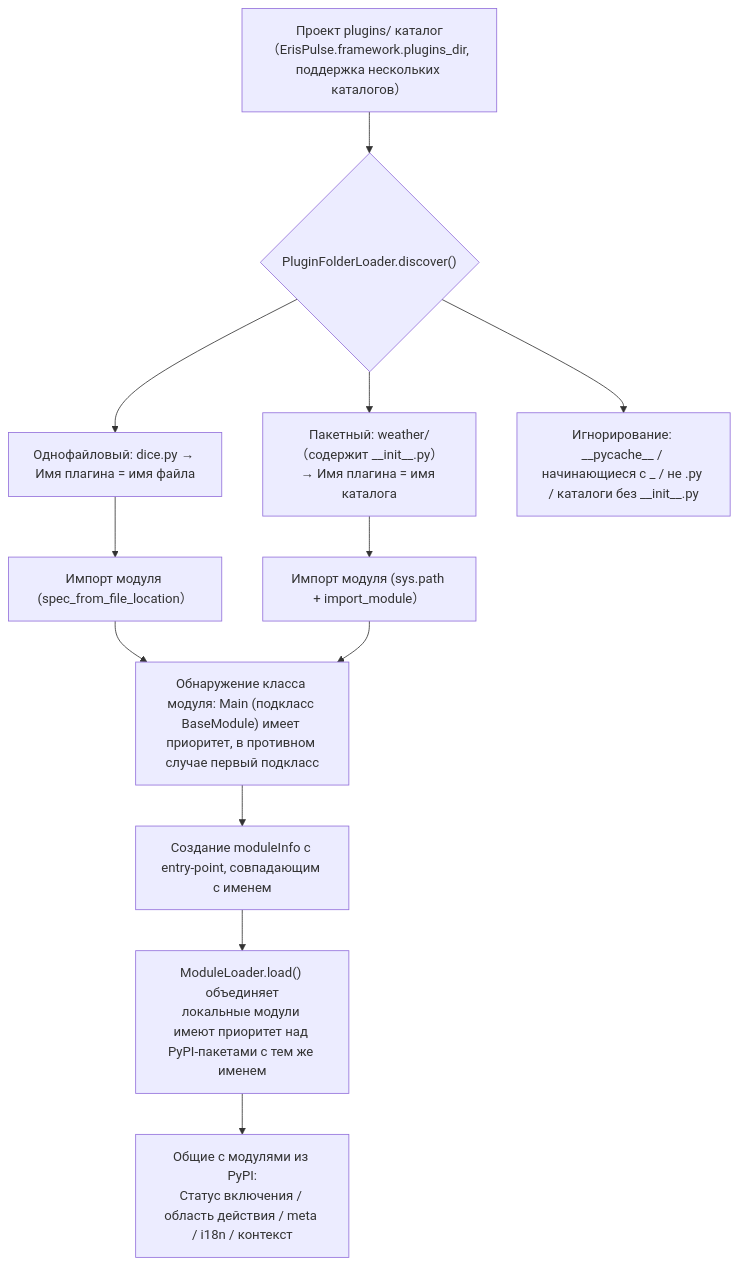
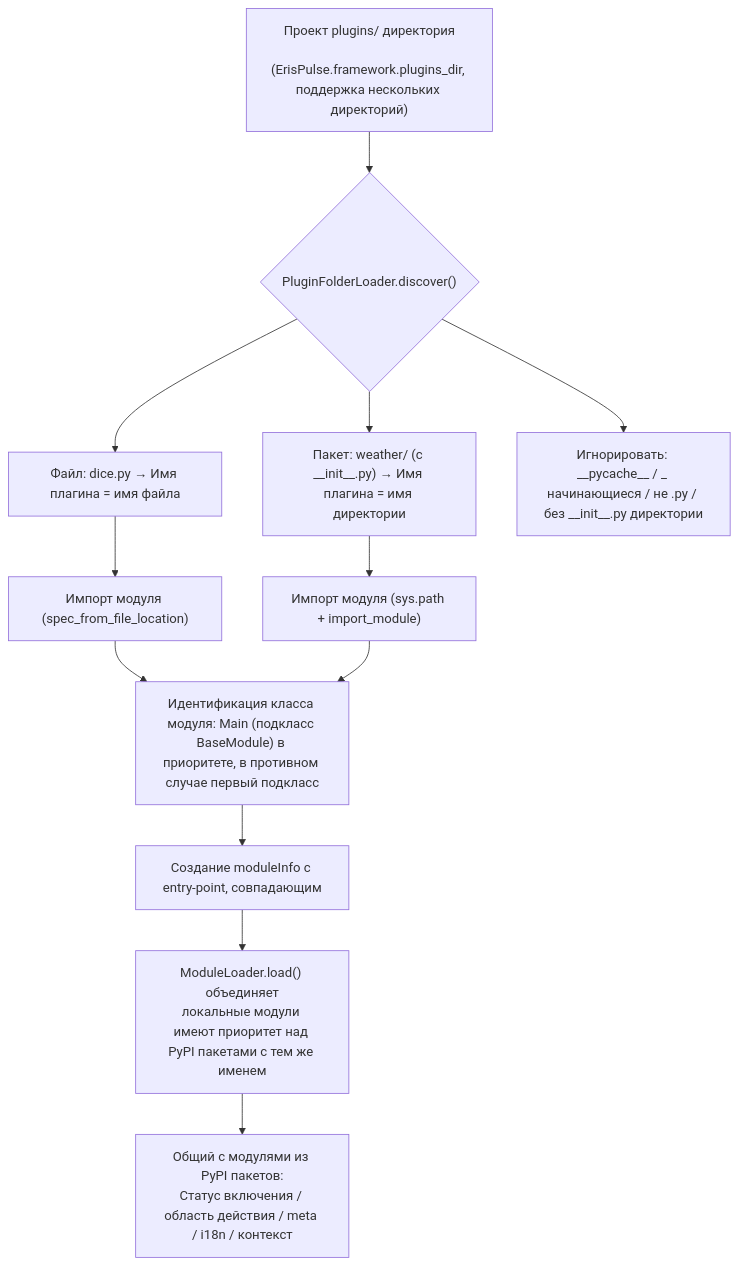
One commit to ErisPulse/ErisPulse changed the eighth of 9 diagrams in docs/ru/architecture.md. Above: the diagram before and after it, drawn with Mermaid. The commit also changed other lines of this file and 143 other files, not shown here.

````diff
--- a/docs/ru/architecture.md
+++ b/docs/ru/architecture.md
@@ -240,14 +261,14 @@
 ```mermaid
 flowchart TD
-    A["Проект plugins/ каталог<br/>（ErisPulse.framework.plugins_dir, поддержка нескольких каталогов）"] --> B{"PluginFolderLoader.discover()"}
-    B --> C["Однофайловый: dice.py → Имя плагина = имя файла"]
-    B --> D["Пакетный: weather/（содержит __init__.py）→ Имя плагина = имя каталога"]
-    B --> E["Игнорирование: __pycache__ / начинающиеся с _ / не .py / каталоги без __init__.py"]
-    C --> F["Импорт модуля (spec_from_file_location）"]
-    D --> G["Импорт модуля (sys.path + import_module）"]
-    F --> H["Обнаружение класса модуля: Main (подкласс BaseModule) имеет приоритет, в противном случае первый подкласс"]
+    A["Проект plugins/ директория<br/> (ErisPulse.framework.plugins_dir, поддержка нескольких директорий)"] --> B{"PluginFolderLoader.discover()"}
+    B --> C["Файл: dice.py → Имя плагина = имя файла"]
+    B --> D["Пакет: weather/ (с __init__.py) → Имя плагина = имя директории"]
+    B --> E["Игнорировать: __pycache__ / _ начинающиеся / не .py / без __init__.py директории"]
+    C --> F["Импорт модуля (spec_from_file_location)"]
+    D --> G["Импорт модуля (sys.path + import_module)"]
+    F --> H["Идентификация класса модуля: Main (подкласс BaseModule) в приоритете, в противном случае первый подкласс"]
     G --> H
-    H --> I["Создание moduleInfo с entry-point, совпадающим с именем"]
-    I --> J["ModuleLoader.load() объединяет<br/>локальные модули имеют приоритет над PyPI-пакетами с тем же именем"]
-    J --> K["Общие с модулями из PyPI:<br/>Статус включения / область действия / meta / i18n / контекст"]
+    H --> I["Создание moduleInfo с entry-point, совпадающим"]
+    I --> J["ModuleLoader.load() объединяет<br/>локальные модули имеют приоритет над PyPI пакетами с тем же именем"]
+    J --> K["Общий с модулями из PyPI пакетов:<br/>Статус включения / область действия / meta / i18n / контекст"]
 ```
````
